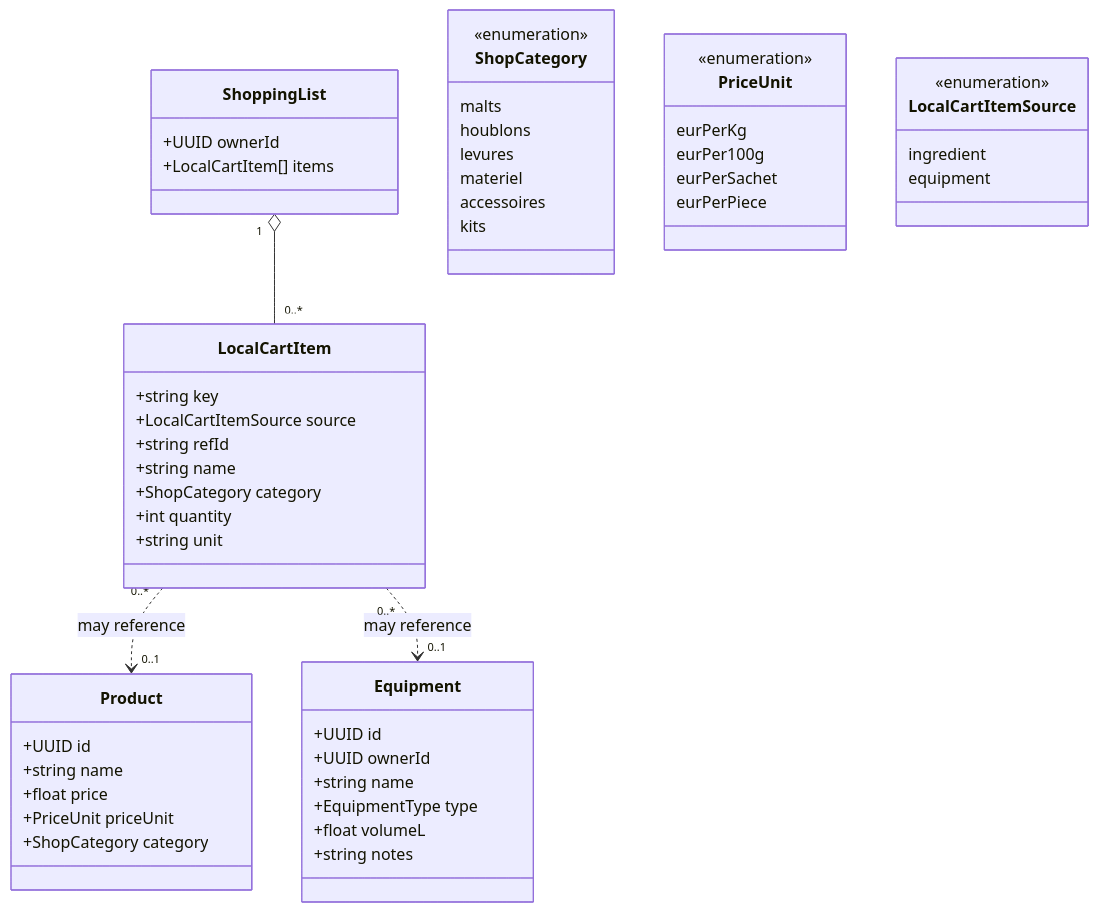
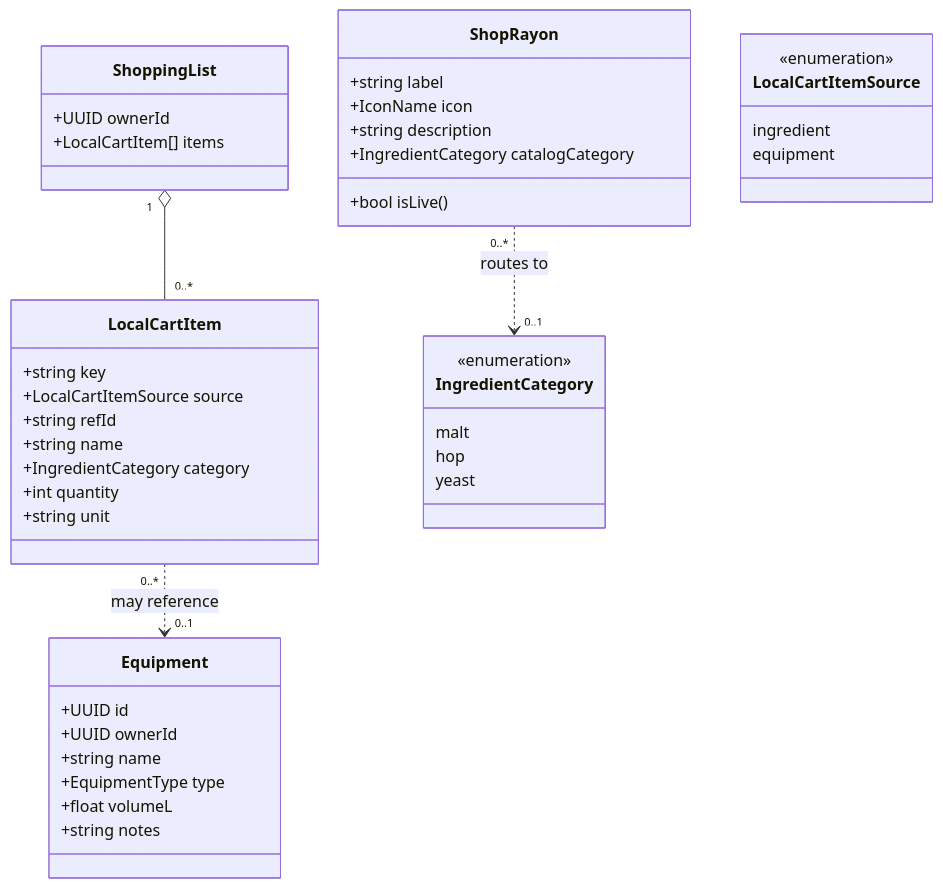
The diagram in docs/architecture/diagrams/equipment-shop/04-class.md (benoit-bremaud/brasse-bouillon), drawn with Mermaid before and after one commit. The commit also changed other lines of this file and 4 other files, not shown here.

````diff
--- a/docs/architecture/diagrams/equipment-shop/04-class.md
+++ b/docs/architecture/diagrams/equipment-shop/04-class.md
@@ -14,57 +21,49 @@
 ```mermaid
 classDiagram
   class Equipment {
     +UUID id
     +UUID ownerId
     +string name
     +EquipmentType type
     +float volumeL
     +string notes
   }
-  class Product {
-    +UUID id
-    +string name
-    +float price
-    +PriceUnit priceUnit
-    +ShopCategory category
+
+  class ShopRayon {
+    +string label
+    +IconName icon
+    +string description
+    +IngredientCategory catalogCategory
+    +bool isLive()
   }
+
   class ShoppingList {
     +UUID ownerId
     +LocalCartItem[] items
   }
   class LocalCartItem {
     +string key
     +LocalCartItemSource source
     +string refId
     +string name
-    +ShopCategory category
+    +IngredientCategory category
     +int quantity
     +string unit
   }
 
+  ShopRayon "0..*" ..> "0..1" IngredientCategory : routes to
   ShoppingList "1" o-- "0..*" LocalCartItem
-  LocalCartItem "0..*" ..> "0..1" Product : may reference
   LocalCartItem "0..*" ..> "0..1" Equipment : may reference
 
-  class ShopCategory {
+  class IngredientCategory {
     <<enumeration>>
-    malts
-    houblons
-    levures
-    materiel
-    accessoires
-    kits
-  }
-  class PriceUnit {
-    <<enumeration>>
-    eurPerKg
-    eurPer100g
-    eurPerSachet
-    eurPerPiece
+    malt
+    hop
+    yeast
   }
   class LocalCartItemSource {
     <<enumeration>>
     ingredient
     equipment
   }
 ```
````
